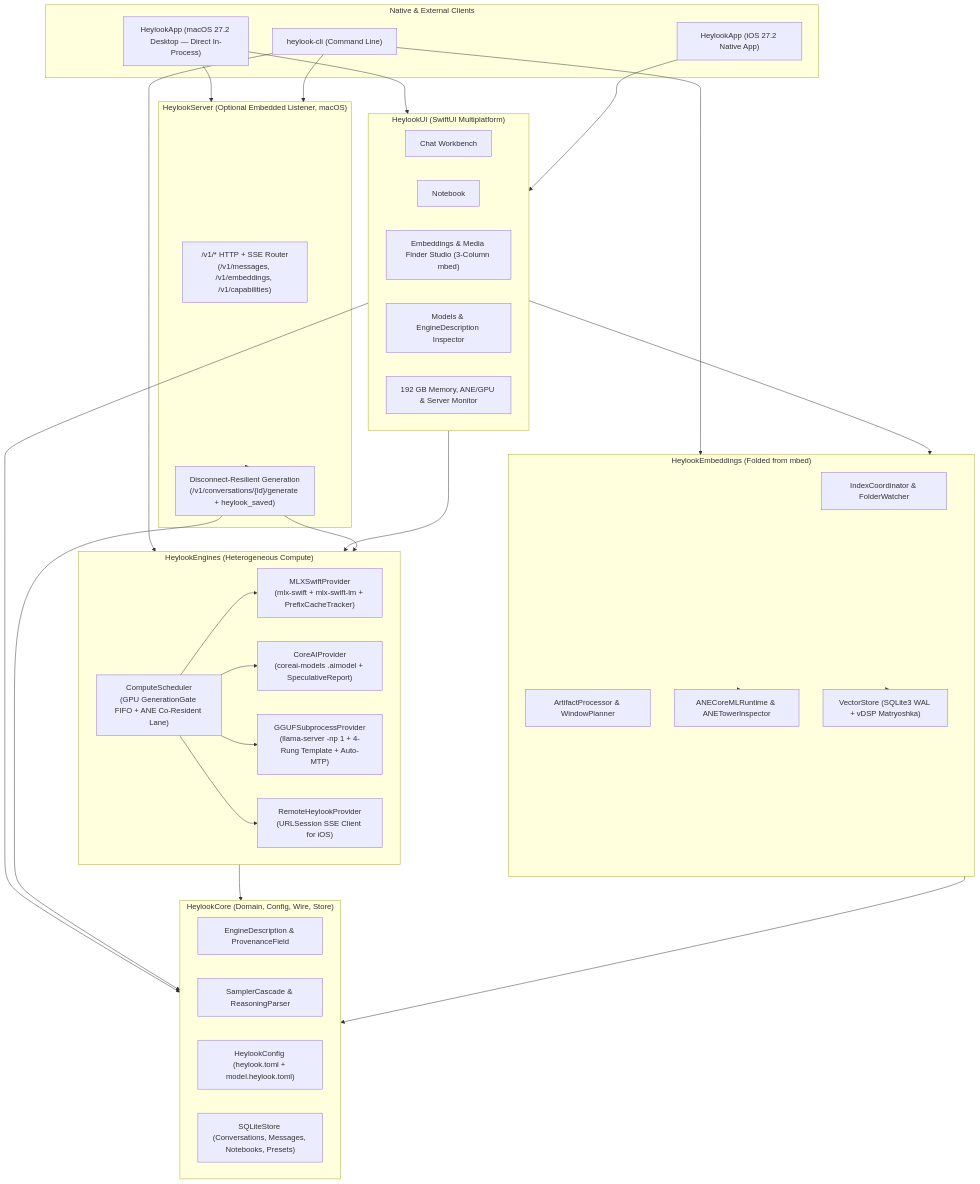
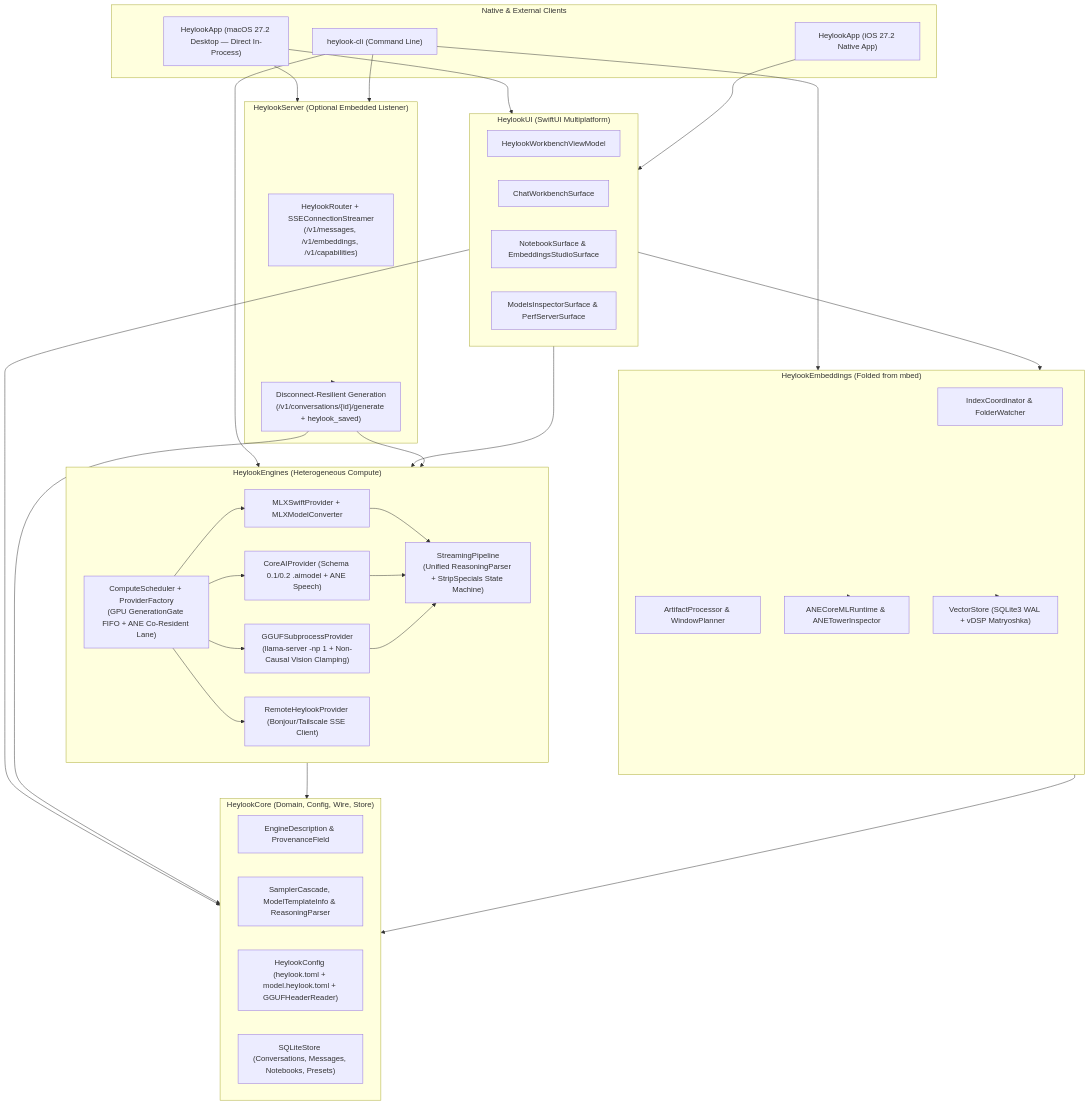
Before and after one commit to fblissjr/heylookitsanllm-macos: the diagram in docs/wiki/architecture_overview.md, drawn with Mermaid. The commit also changed other lines of this file and 28 other files, not shown here.

````diff
--- a/docs/wiki/architecture_overview.md
+++ b/docs/wiki/architecture_overview.md
@@ -12,64 +20,67 @@
 ```mermaid
 flowchart TB
     subgraph Clients["Native & External Clients"]
         MacDesktop["HeylookApp (macOS 27.2 Desktop — Direct In-Process)"]
         IOSClient["HeylookApp (iOS 27.2 Native App)"]
         CLI["heylook-cli (Command Line)"]
     end
 
     subgraph SharedUI["HeylookUI (SwiftUI Multiplatform)"]
-        ChatSurface["Chat Workbench"]
-        NotebookSurface["Notebook"]
-        MediaSurface["Embeddings & Media Finder Studio (3-Column mbed)"]
-        ModelsSurface["Models & EngineDescription Inspector"]
-        PerfSurface["192 GB Memory, ANE/GPU & Server Monitor"]
+        VM["HeylookWorkbenchViewModel"]
+        ChatSurface["ChatWorkbenchSurface"]
+        NotebookSurface["NotebookSurface & EmbeddingsStudioSurface"]
+        ModelsSurface["ModelsInspectorSurface & PerfServerSurface"]
     end
 
-    subgraph ServerLayer["HeylookServer (Optional Embedded Listener, macOS)"]
-        Router["/v1/* HTTP + SSE Router\n(/v1/messages, /v1/embeddings, /v1/capabilities)"]
+    subgraph ServerLayer["HeylookServer (Optional Embedded Listener)"]
+        Router["HeylookRouter + SSEConnectionStreamer\n(/v1/messages, /v1/embeddings, /v1/capabilities)"]
         GenCoord["Disconnect-Resilient Generation\n(/v1/conversations/{id}/generate + heylook_saved)"]
     end
 
     subgraph EngineLayer["HeylookEngines (Heterogeneous Compute)"]
-        Sched["ComputeScheduler\n(GPU GenerationGate FIFO + ANE Co-Resident Lane)"]
-        MLX["MLXSwiftProvider\n(mlx-swift + mlx-swift-lm + PrefixCacheTracker)"]
-        CoreAI["CoreAIProvider\n(coreai-models .aimodel + SpeculativeReport)"]
-        GGUF["GGUFSubprocessProvider\n(llama-server -np 1 + 4-Rung Template + Auto-MTP)"]
-        Remote["RemoteHeylookProvider\n(URLSession SSE Client for iOS)"]
+        Sched["ComputeScheduler + ProviderFactory\n(GPU GenerationGate FIFO + ANE Co-Resident Lane)"]
+        Pipe["StreamingPipeline\n(Unified ReasoningParser + StripSpecials State Machine)"]
+        MLX["MLXSwiftProvider + MLXModelConverter"]
+        CoreAI["CoreAIProvider (Schema 0.1/0.2 .aimodel + ANE Speech)"]
+        GGUF["GGUFSubprocessProvider\n(llama-server -np 1 + Non-Causal Vision Clamping)"]
+        Remote["RemoteHeylookProvider (Bonjour/Tailscale SSE Client)"]
     end
 
     subgraph EmbeddingLayer["HeylookEmbeddings (Folded from mbed)"]
         Idx["IndexCoordinator & FolderWatcher"]
         Proc["ArtifactProcessor & WindowPlanner"]
         ANE["ANECoreMLRuntime & ANETowerInspector"]
         Vec["VectorStore (SQLite3 WAL + vDSP Matryoshka)"]
     end
 
     subgraph CoreLayer["HeylookCore (Domain, Config, Wire, Store)"]
         EDesc["EngineDescription & ProvenanceField"]
-        Cascade["SamplerCascade & ReasoningParser"]
-        TOML["HeylookConfig (heylook.toml + model.heylook.toml)"]
+        Cascade["SamplerCascade, ModelTemplateInfo & ReasoningParser"]
+        TOML["HeylookConfig (heylook.toml + model.heylook.toml + GGUFHeaderReader)"]
         SQL["SQLiteStore (Conversations, Messages, Notebooks, Presets)"]
     end
 
     MacDesktop --> SharedUI
     MacDesktop --> ServerLayer
     IOSClient --> SharedUI
     CLI --> ServerLayer
     CLI --> EngineLayer
     CLI --> EmbeddingLayer
     SharedUI --> EngineLayer
     SharedUI --> EmbeddingLayer
     SharedUI --> CoreLayer
     ServerLayer --> GenCoord
     GenCoord --> EngineLayer
     GenCoord --> CoreLayer
     Sched --> MLX
     Sched --> CoreAI
     Sched --> GGUF
     Sched --> Remote
+    MLX --> Pipe
+    CoreAI --> Pipe
+    GGUF --> Pipe
     EmbeddingLayer --> ANE
     EmbeddingLayer --> Vec
     EngineLayer --> CoreLayer
     EmbeddingLayer --> CoreLayer
 ```
````
